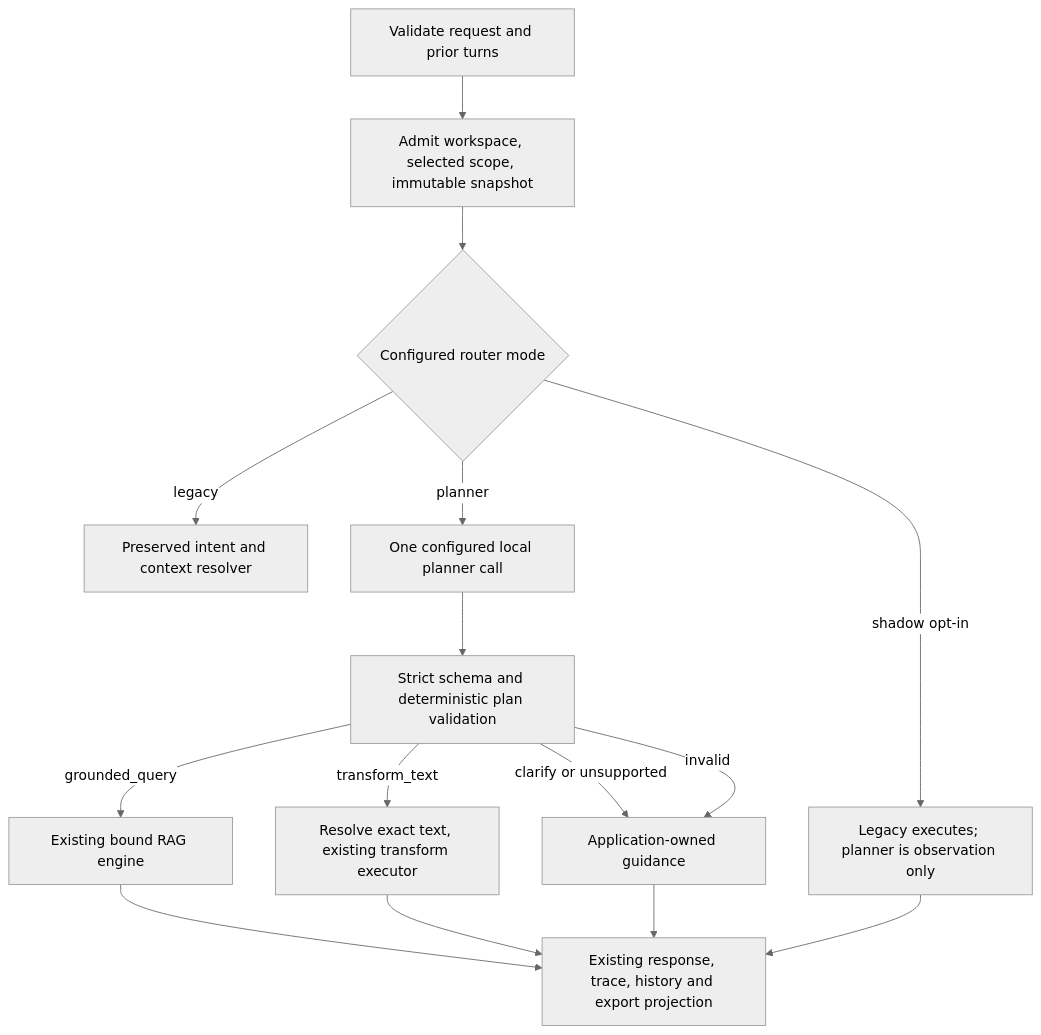
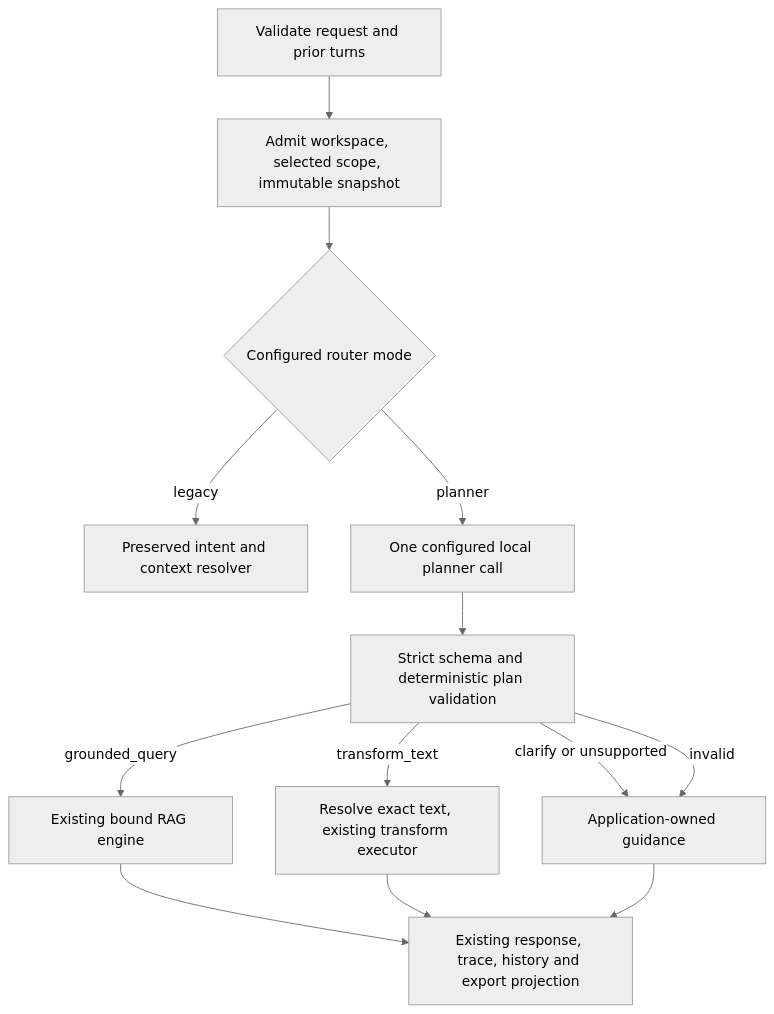
One commit to cschrupp/offline-rag changed the diagram in docs/beta_conv_01a_llm_task_planning_amendment.md. Above: the diagram before and after it, drawn with Mermaid (neutral theme). The commit also changed other lines of this file and 2 other files, not shown here.

Commit message:
Clarify conversation planner shadow and latency gates

````diff
--- a/docs/beta_conv_01a_llm_task_planning_amendment.md
+++ b/docs/beta_conv_01a_llm_task_planning_amendment.md
@@ -153,17 +158,15 @@
 ```mermaid
 flowchart TD
     A[Validate request and prior turns] --> B[Admit workspace, selected scope, immutable snapshot]
     B --> C{Configured router mode}
     C -->|legacy| L[Preserved intent and context resolver]
     C -->|planner| P[One configured local planner call]
     P --> V[Strict schema and deterministic plan validation]
     V -->|grounded_query| G[Existing bound RAG engine]
     V -->|transform_text| T[Resolve exact text, existing transform executor]
     V -->|clarify or unsupported| H[Application-owned guidance]
     V -->|invalid| H
     G --> O[Existing response, trace, history and export projection]
     T --> O
     H --> O
-    C -->|shadow opt-in| S[Legacy executes; planner is observation only]
-    S --> O
 ```
````
